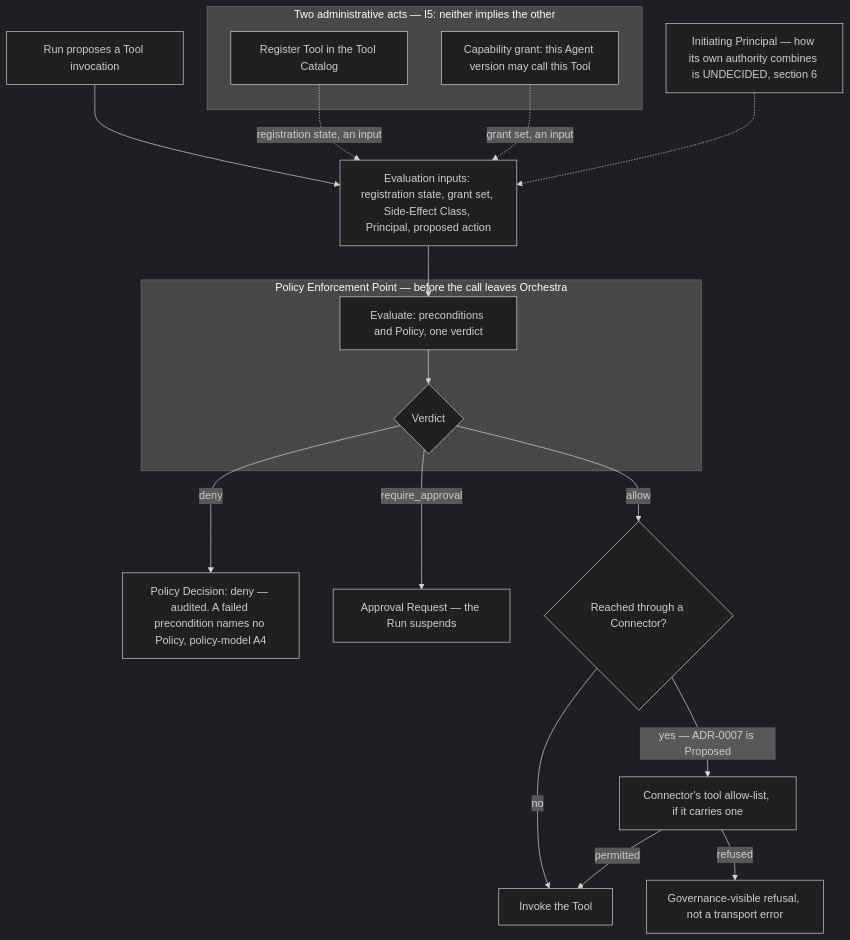
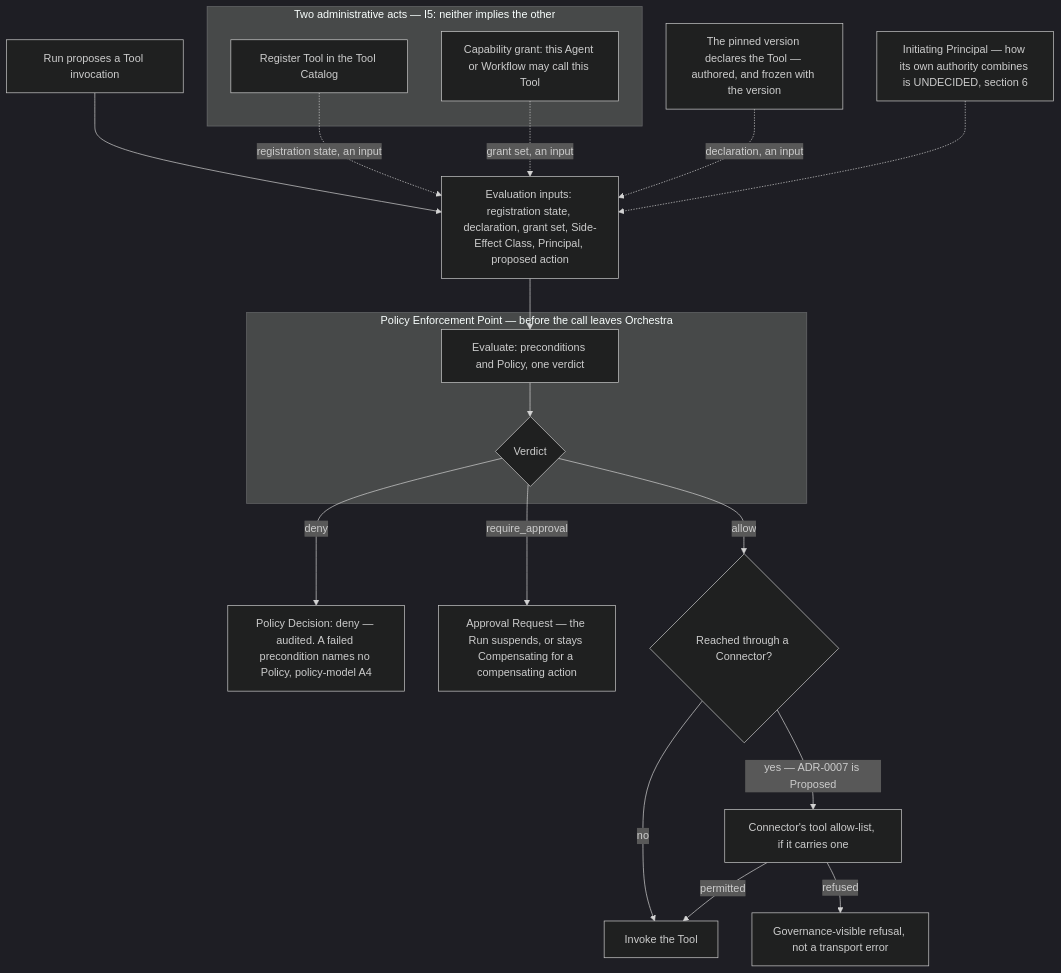
One commit to ayesigapaul/orchestra changed the diagram in docs/40-governance/tool-authorization.md. Above: the diagram before and after it, drawn with Mermaid (dark theme). The commit also changed other lines of this file and 56 other files, not shown here.

````diff
--- a/docs/40-governance/tool-authorization.md
+++ b/docs/40-governance/tool-authorization.md
@@ -158,24 +159,26 @@
 ```mermaid
 flowchart TD
   subgraph ACTS["Two administrative acts — I5: neither implies the other"]
     REG["Register Tool in the Tool Catalog"]
-    GRANT["Capability grant: this Agent version may call this Tool"]
+    GRANT["Capability grant: this Agent or Workflow may call this Tool"]
   end
+  DECL["The pinned version declares the Tool — authored, and frozen with the version"]
   RUN["Run proposes a Tool invocation"] --> IN
-  IN["Evaluation inputs: registration state, grant set, Side-Effect Class, Principal, proposed action"]
+  IN["Evaluation inputs: registration state, declaration, grant set, Side-Effect Class, Principal, proposed action"]
   REG -.->|"registration state, an input"| IN
   GRANT -.->|"grant set, an input"| IN
+  DECL -.->|"declaration, an input"| IN
   PRIN["Initiating Principal — how its own authority combines is UNDECIDED, section 6"] -.-> IN
   DENY["Policy Decision: deny — audited. A failed precondition names no Policy, policy-model A4"]
   subgraph PEP["Policy Enforcement Point — before the call leaves Orchestra"]
     POL["Evaluate: preconditions and Policy, one verdict"] --> V{"Verdict"}
   end
   IN --> POL
   V -->|"deny"| DENY
-  V -->|"require_approval"| APPR["Approval Request — the Run suspends"]
+  V -->|"require_approval"| APPR["Approval Request — the Run suspends, or stays Compensating for a compensating action"]
   V -->|"allow"| CONN{"Reached through a Connector?"}
   CONN -->|"no"| INVOKE["Invoke the Tool"]
   CONN -->|"yes — ADR-0007 is Proposed"| ALLOW["Connector's tool allow-list, if it carries one"]
   ALLOW -->|"refused"| REF["Governance-visible refusal, not a transport error"]
   ALLOW -->|"permitted"| INVOKE
 ```
````
